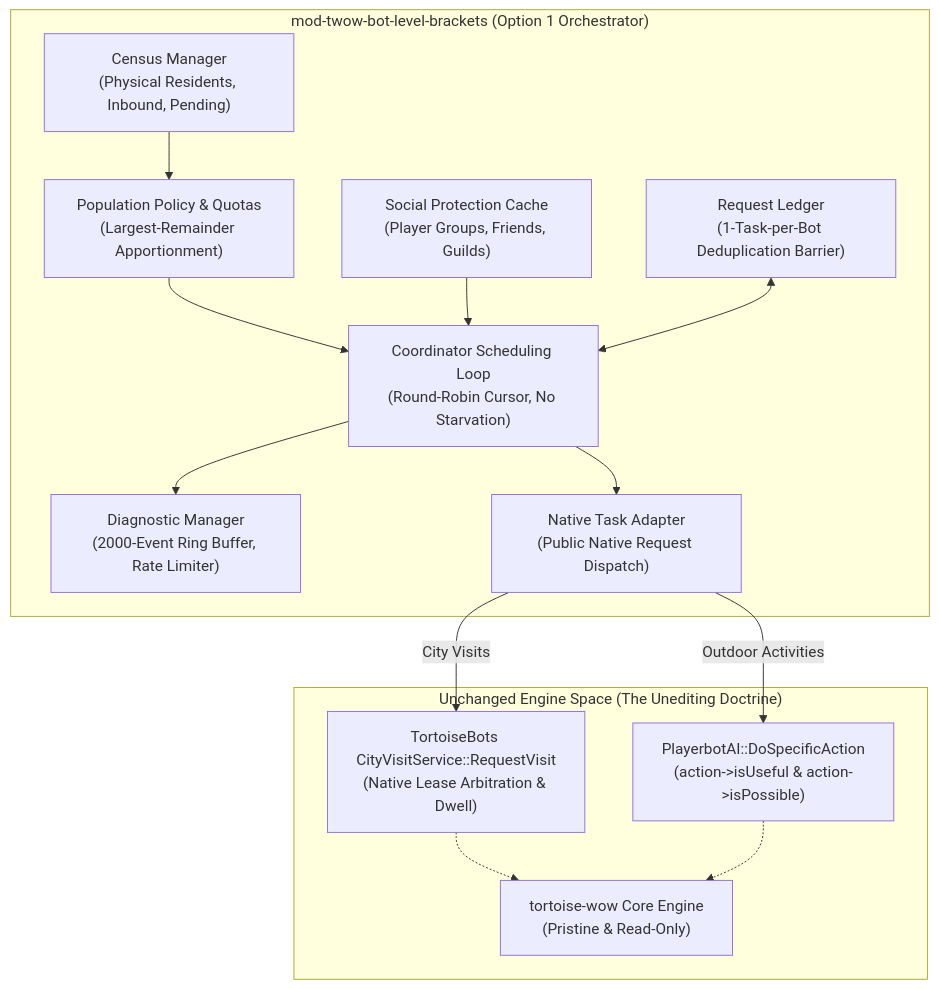
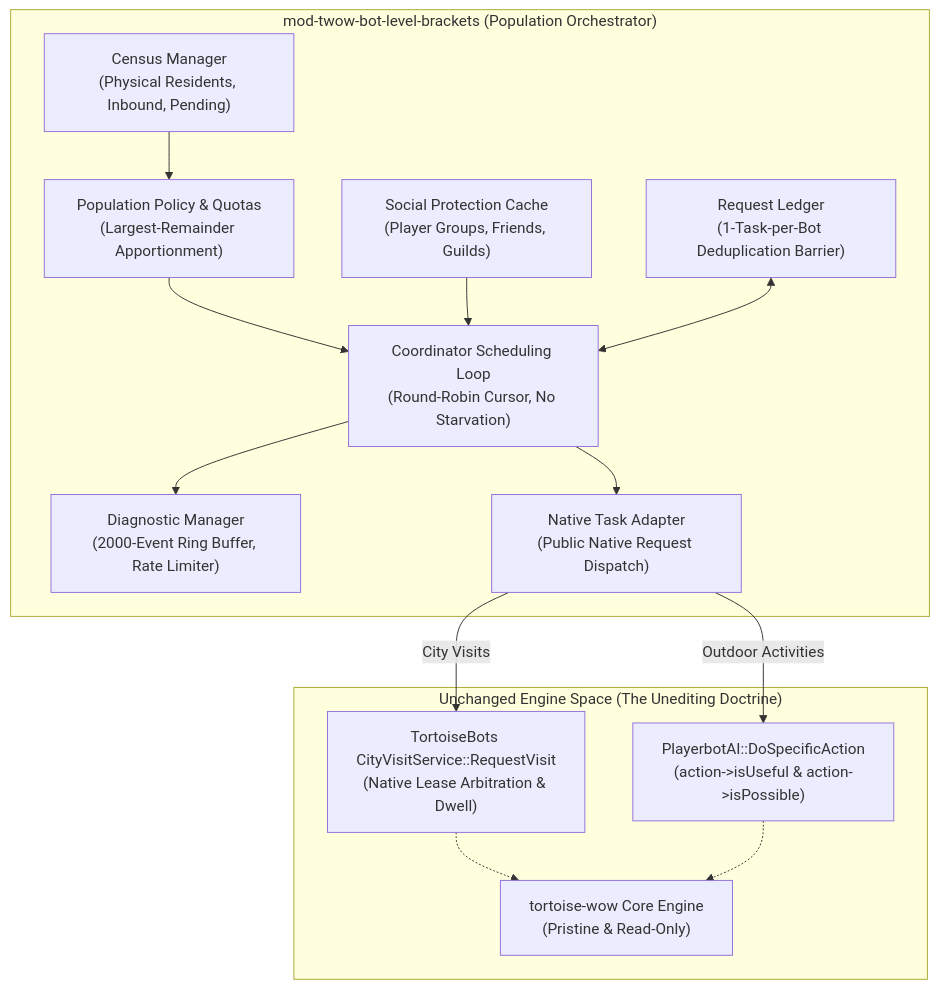
The diagram in README.md (Ildourol/mod-twow-bot-level-brackets), drawn with Mermaid before and after one commit. The commit also changed other lines of this file and 16 other files, not shown here.

````diff
--- a/README.md
+++ b/README.md
@@ -20,30 +20,30 @@
 ```mermaid
 flowchart TD
-    subgraph mod_twow_bot_level_brackets["mod-twow-bot-level-brackets (Option 1 Orchestrator)"]
+    subgraph mod_twow_bot_level_brackets["mod-twow-bot-level-brackets (Population Orchestrator)"]
         Census["Census Manager<br/>(Physical Residents, Inbound, Pending)"]
         Policy["Population Policy & Quotas<br/>(Largest-Remainder Apportionment)"]
         Protections["Social Protection Cache<br/>(Player Groups, Friends, Guilds)"]
         Coordinator["Coordinator Scheduling Loop<br/>(Round-Robin Cursor, No Starvation)"]
         Ledger["Request Ledger<br/>(1-Task-per-Bot Deduplication Barrier)"]
         Diagnostics["Diagnostic Manager<br/>(2000-Event Ring Buffer, Rate Limiter)"]
         Adapter["Native Task Adapter<br/>(Public Native Request Dispatch)"]
 
         Census --> Policy
         Policy --> Coordinator
         Protections --> Coordinator
         Ledger <--> Coordinator
         Coordinator --> Diagnostics
         Coordinator --> Adapter
     end
 
     subgraph NativeEngines["Unchanged Engine Space (The Unediting Doctrine)"]
         CityService["TortoiseBots CityVisitService::RequestVisit<br/>(Native Lease Arbitration & Dwell)"]
         BotAction["PlayerbotAI::DoSpecificAction<br/>(action->isUseful & action->isPossible)"]
         CoreWorld["tortoise-wow Core Engine<br/>(Pristine & Read-Only)"]
     end
 
     Adapter -->|City Visits| CityService
     Adapter -->|Outdoor Activities| BotAction
     CityService -.-> CoreWorld
     BotAction -.-> CoreWorld
 ```
````
